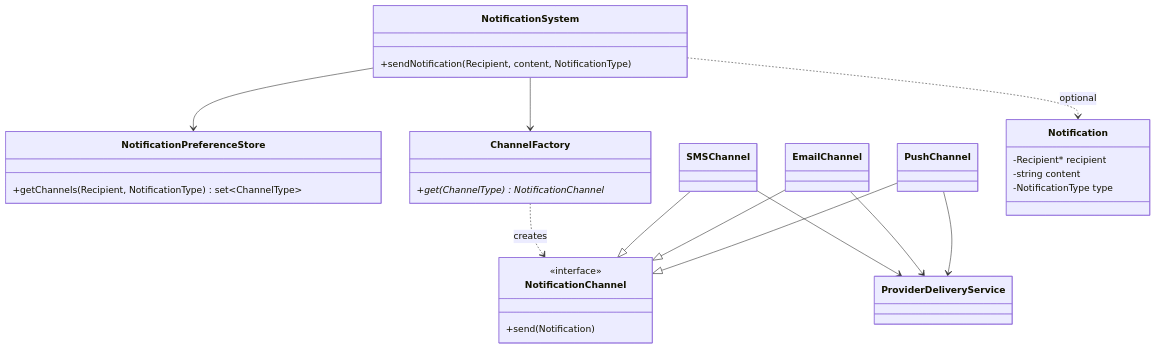
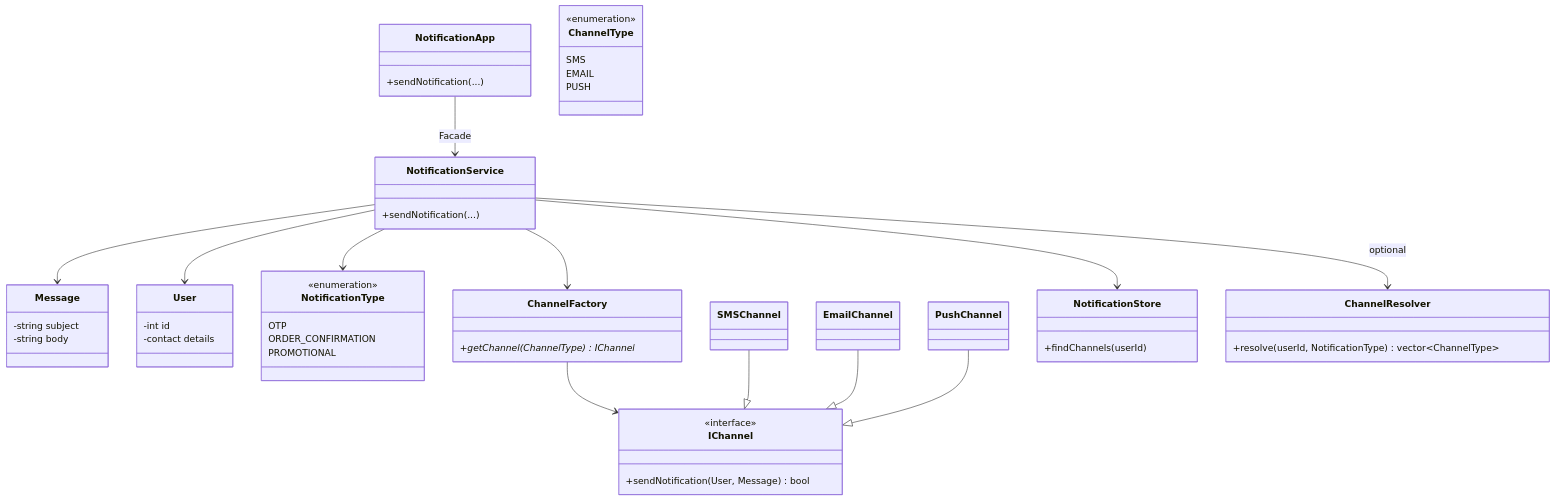
One commit to Sahilbatra1211/LLD changed the diagram in Questions/Notification System/Readme.md. Above: the diagram before and after it, drawn with Mermaid. The commit also changed other lines of this file, not shown here.

````diff
--- a/Questions/Notification System/Readme.md
+++ b/Questions/Notification System/Readme.md
@@ -167,36 +33,67 @@
 ```mermaid
 classDiagram
-    class NotificationSystem {
-        +sendNotification(Recipient, content, NotificationType)
+    class NotificationApp {
+        +sendNotification(...)
     }
-    class NotificationPreferenceStore {
-        +getChannels(Recipient, NotificationType) set~ChannelType~
+
+    class NotificationService {
+        +sendNotification(...)
     }
-    class ChannelFactory {
-        +get(ChannelType) NotificationChannel*
+
+    class Message {
+        -string subject
+        -string body
     }
-    class NotificationChannel {
+
+    class User {
+        -int id
+        -contact details
+    }
+
+    class NotificationType {
+        <<enumeration>>
+        OTP
+        ORDER_CONFIRMATION
+        PROMOTIONAL
+    }
+
+    class ChannelType {
+        <<enumeration>>
+        SMS
+        EMAIL
+        PUSH
+    }
+
+    class IChannel {
         <<interface>>
-        +send(Notification)
+        +sendNotification(User, Message) bool
     }
+
     class SMSChannel
     class EmailChannel
     class PushChannel
-    class ProviderDeliveryService
-    class Notification {
-        -Recipient* recipient
-        -string content
-        -NotificationType type
+
+    class ChannelFactory {
+        +getChannel(ChannelType) IChannel*
     }
 
-    NotificationSystem --> NotificationPreferenceStore
-    NotificationSystem --> ChannelFactory
-    ChannelFactory ..> NotificationChannel : creates
-    SMSChannel --|> NotificationChannel
-    EmailChannel --|> NotificationChannel
-    PushChannel --|> NotificationChannel
-    SMSChannel --> ProviderDeliveryService
-    EmailChannel --> ProviderDeliveryService
-    PushChannel --> ProviderDeliveryService
-    NotificationSystem ..> Notification : optional
+    class NotificationStore {
+        +findChannels(userId)
+    }
+
+    class ChannelResolver {
+        +resolve(userId, NotificationType) vector~ChannelType~
+    }
+
+    NotificationApp --> NotificationService : Facade
+    NotificationService --> NotificationStore
+    NotificationService --> ChannelFactory
+    NotificationService --> ChannelResolver : optional
+    ChannelFactory --> IChannel
+    SMSChannel --|> IChannel
+    EmailChannel --|> IChannel
+    PushChannel --|> IChannel
+    NotificationService --> User
+    NotificationService --> Message
+    NotificationService --> NotificationType
 ```
````
